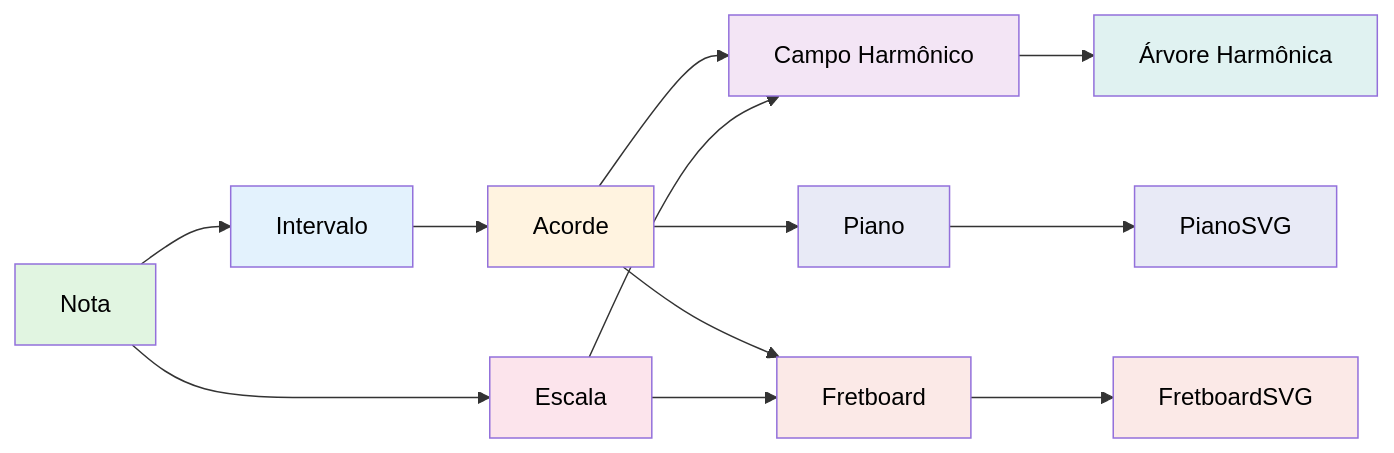
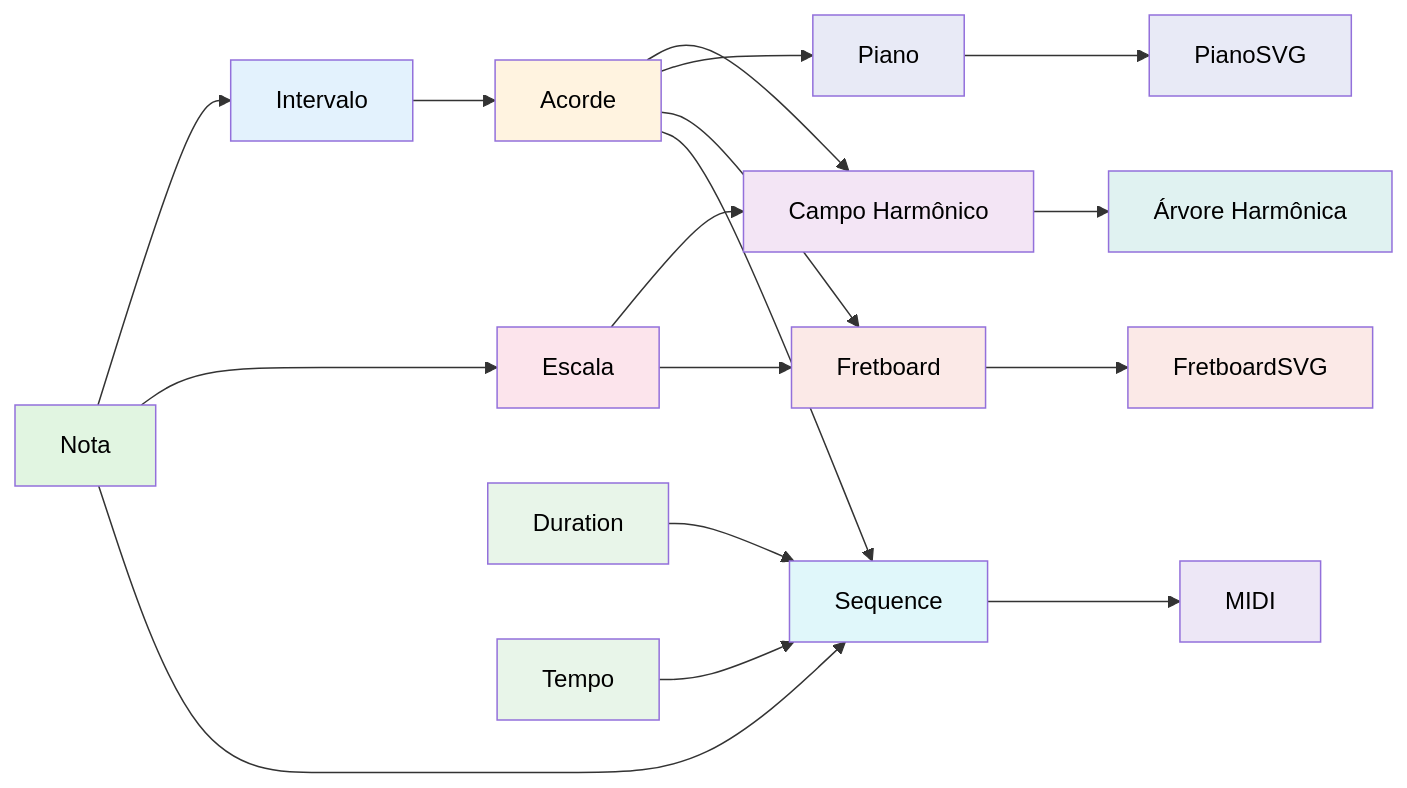
One commit to sauloverissimo/gingopy changed the first of 7 diagrams in docs/index.md. Above: the diagram before and after it, drawn with Mermaid. The commit also changed other lines of this file and 32 other files, not shown here.

````diff
--- a/docs/index.md
+++ b/docs/index.md
@@ -13,25 +13,34 @@
 ```mermaid
 graph LR
     A[Nota] --> B[Intervalo]
     B --> C[Acorde]
     A --> D[Escala]
     C --> E[Campo Harmônico]
     D --> E
     E --> F[Árvore Harmônica]
     C --> G[Piano]
     C --> H[Fretboard]
     D --> H
     G --> I[PianoSVG]
     H --> J[FretboardSVG]
+    K[Duration] --> L[Sequence]
+    M[Tempo] --> L
+    C --> L
+    A --> L
+    L --> N[MIDI]
 
     style A fill:#e1f5e1,color:#000
     style B fill:#e3f2fd,color:#000
     style C fill:#fff3e0,color:#000
     style D fill:#fce4ec,color:#000
     style E fill:#f3e5f5,color:#000
     style F fill:#e0f2f1,color:#000
     style G fill:#e8eaf6,color:#000
     style H fill:#fbe9e7,color:#000
     style I fill:#e8eaf6,color:#000
     style J fill:#fbe9e7,color:#000
+    style K fill:#e8f5e9,color:#000
+    style L fill:#e0f7fa,color:#000
+    style M fill:#e8f5e9,color:#000
+    style N fill:#ede7f6,color:#000
 ```
````
